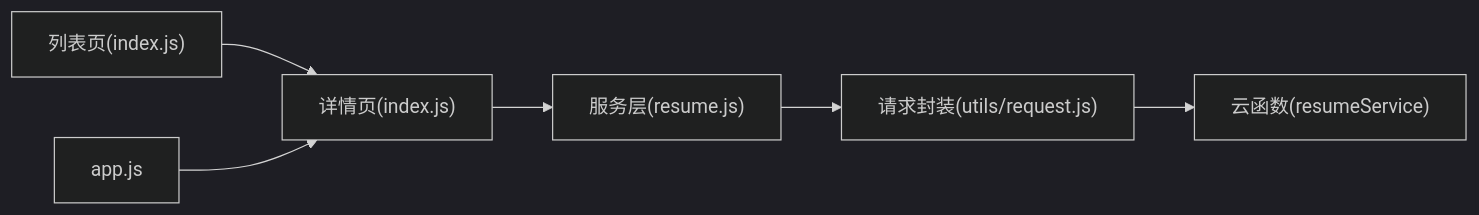
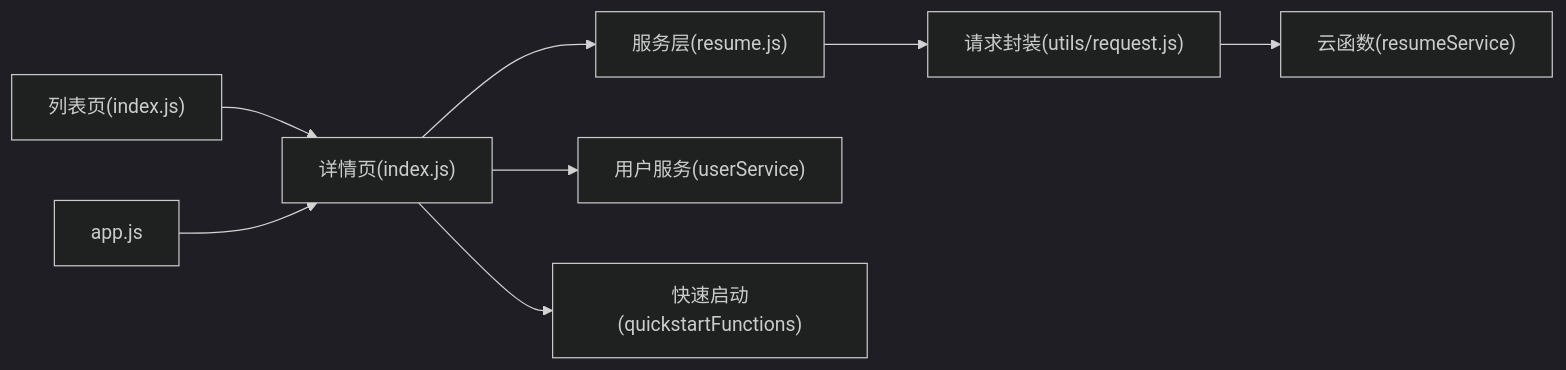
Before and after one commit to sunxuebo91/-: the sixth of 6 diagrams in .qoder/repowiki/zh/content/前端页面/简历详情页.md, drawn with Mermaid (dark theme). The commit also changed other lines of this file and 30 other files, not shown here.

````diff
--- a/.qoder/repowiki/zh/content/前端页面/简历详情页.md
+++ b/.qoder/repowiki/zh/content/前端页面/简历详情页.md
@@ -255,8 +367,10 @@
 ```mermaid
 graph LR
 RD["详情页(index.js)"] --> RS["服务层(resume.js)"]
 RS --> RU["请求封装(utils/request.js)"]
 RU --> CF["云函数(resumeService)"]
+RD --> US["用户服务(userService)"]
+RD --> QF["快速启动(quickstartFunctions)"]
 RL["列表页(index.js)"] --> RD
 APP["app.js"] --> RD
 ```
````
